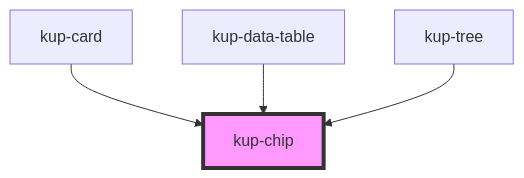
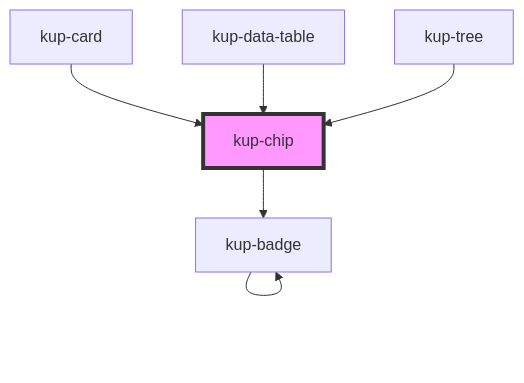
The diagram in packages/ketchup/src/components/kup-chip/readme.md (smeup/ketchup), drawn with Mermaid before and after one commit. The commit also changed other lines of this file and 16 other files, not shown here.

````diff
--- a/packages/ketchup/src/components/kup-chip/readme.md
+++ b/packages/ketchup/src/components/kup-chip/readme.md
@@ -47,7 +51,9 @@
 ```mermaid
 graph TD;
+  kup-chip --> kup-badge
+  kup-badge --> kup-badge
   kup-card --> kup-chip
   kup-data-table --> kup-chip
   kup-tree --> kup-chip
   style kup-chip fill:#f9f,stroke:#333,stroke-width:4px
 ```
````
